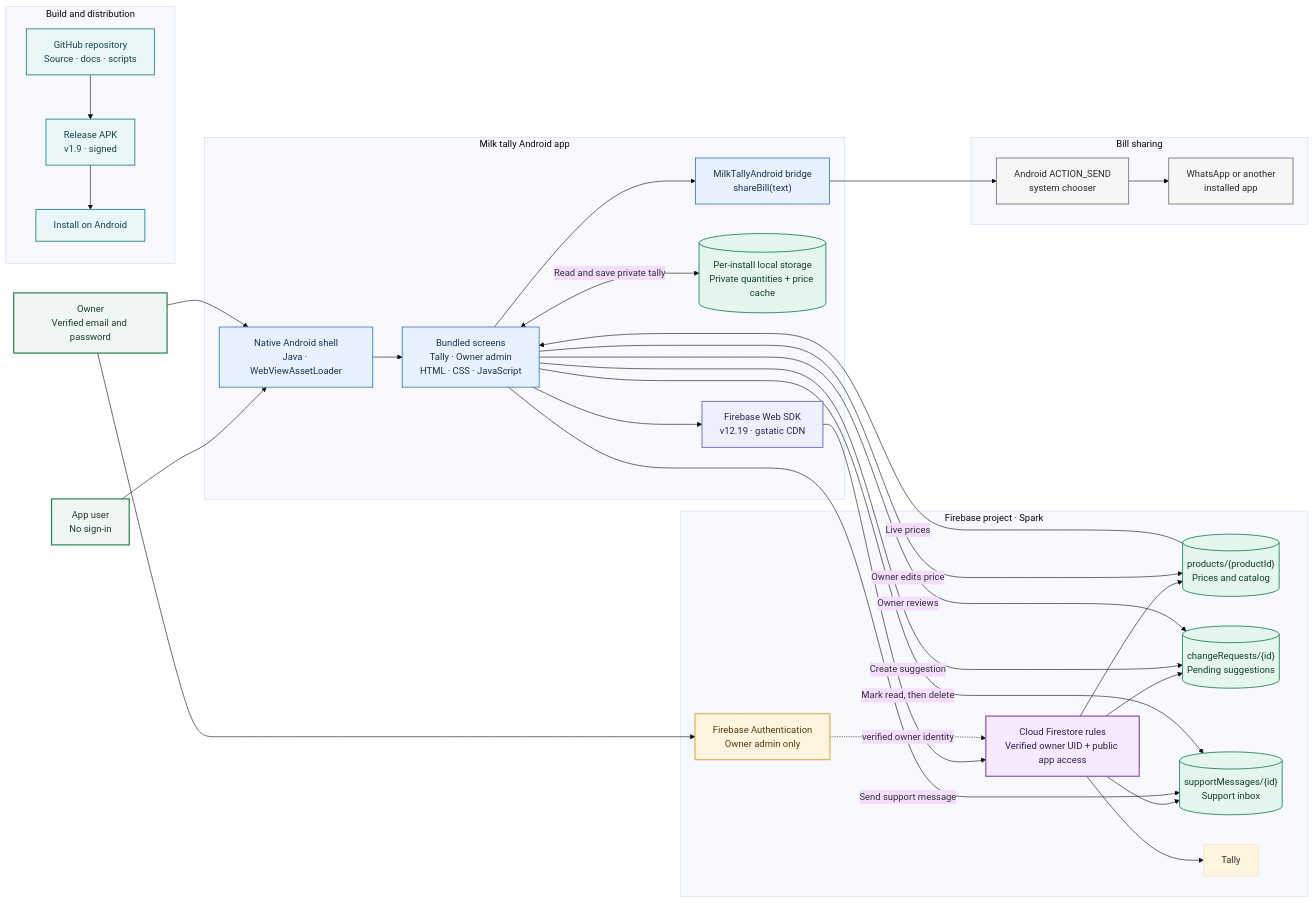
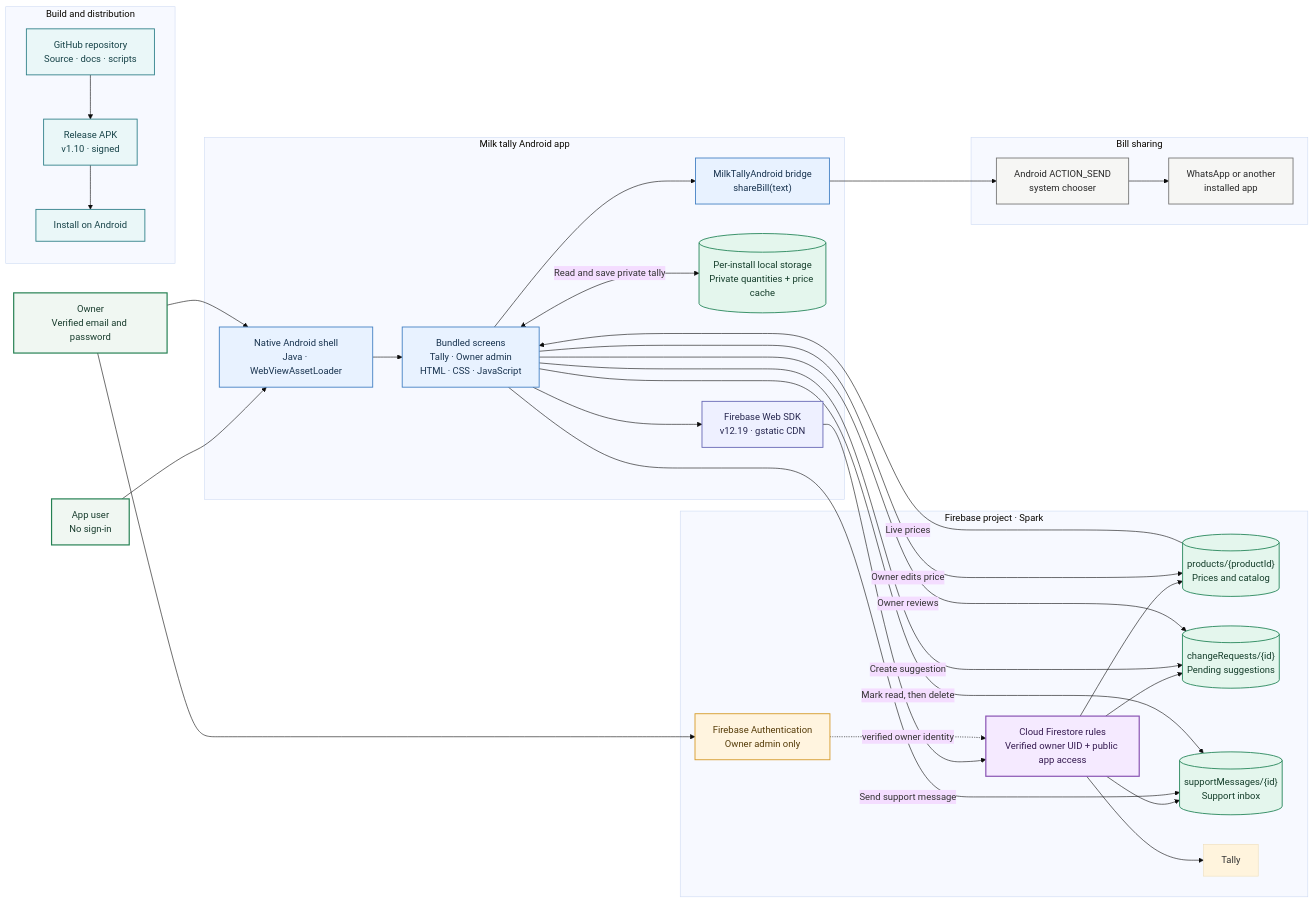
One commit to PrabhatVrma/milk-tally changed the diagram in docs/system-design.md. Above: the diagram before and after it, drawn with Mermaid (base theme). The commit also changed other lines of this file and 8 other files, not shown here.

````diff
--- a/docs/system-design.md
+++ b/docs/system-design.md
@@ -9,63 +9,63 @@
 ```mermaid
 flowchart LR
     Visitor["App user<br/>No sign-in"]:::person
     Owner["Owner<br/>Verified email and password"]:::person
 
     subgraph App["Milk tally Android app"]
         Shell["Native Android shell<br/>Java · WebViewAssetLoader"]:::client
         UI["Bundled screens<br/>Tally · Owner admin<br/>HTML · CSS · JavaScript"]:::client
         SDK["Firebase Web SDK<br/>v12.19 · gstatic CDN"]:::sdk
         LocalTally[("Per-install local storage<br/>Private quantities + price cache")]:::data
         Bridge["MilkTallyAndroid bridge<br/>shareBill(text)"]:::client
         Shell --> UI
         UI --> SDK
         UI <-->|"Read and save private tally"| LocalTally
         UI --> Bridge
     end
 
     subgraph Firebase["Firebase project · Spark"]
         Auth["Firebase Authentication<br/>Owner admin only"]:::auth
         Rules["Cloud Firestore rules<br/>Verified owner UID + public app access"]:::security
         Products[("products/{productId}<br/>Prices and catalog")]:::data
         Requests[("changeRequests/{id}<br/>Pending suggestions")]:::data
         Support[("supportMessages/{id}<br/>Support inbox")]:::data
         SDK --> Rules
         Rules --> Products
         Rules --> Tally
         Rules --> Requests
         Rules --> Support
         Auth -. "verified owner identity" .-> Rules
     end
 
     subgraph Sharing["Bill sharing"]
         Chooser["Android ACTION_SEND<br/>system chooser"]:::external
         WhatsApp["WhatsApp or another<br/>installed app"]:::external
         Bridge --> Chooser --> WhatsApp
     end
 
     subgraph Delivery["Build and distribution"]
         Repo["GitHub repository<br/>Source · docs · scripts"]:::delivery
-        APK["Release APK<br/>v1.9 · signed"]:::delivery
+        APK["Release APK<br/>v1.10 · signed"]:::delivery
         Phone["Install on Android"]:::delivery
         Repo --> APK --> Phone
     end
 
     Visitor --> Shell
     Owner --> Shell
     Owner --> Auth
     Products -->|"Live prices"| UI
     UI -->|"Create suggestion"| Requests
     UI -->|"Send support message"| Support
     UI -->|"Owner edits price"| Products
     UI -->|"Owner reviews"| Requests
     UI -->|"Mark read, then delete"| Support
 
     classDef person fill:#f0f7f2,stroke:#248052,color:#183c2d,stroke-width:2px
     classDef client fill:#e8f2ff,stroke:#4380c4,color:#18334f,stroke-width:1.5px
     classDef sdk fill:#eef0ff,stroke:#6667b5,color:#26264f,stroke-width:1.5px
     classDef auth fill:#fff4df,stroke:#d59a28,color:#553b08,stroke-width:1.5px
     classDef security fill:#f5eaff,stroke:#8852b2,color:#351a50,stroke-width:2px
     classDef data fill:#e4f6ed,stroke:#26865a,color:#143d2a,stroke-width:1.5px
     classDef external fill:#f6f6f4,stroke:#777,color:#282828,stroke-width:1.5px
     classDef delivery fill:#eaf7f8,stroke:#31818a,color:#174348,stroke-width:1.5px
 ```
````
